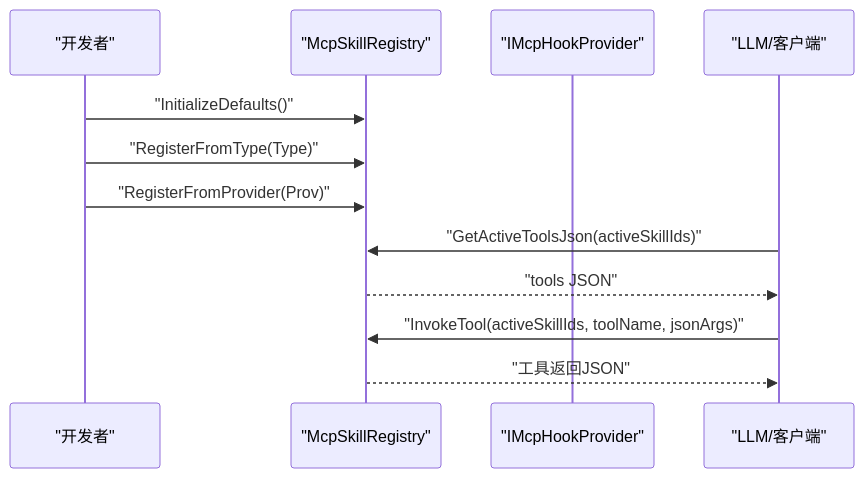
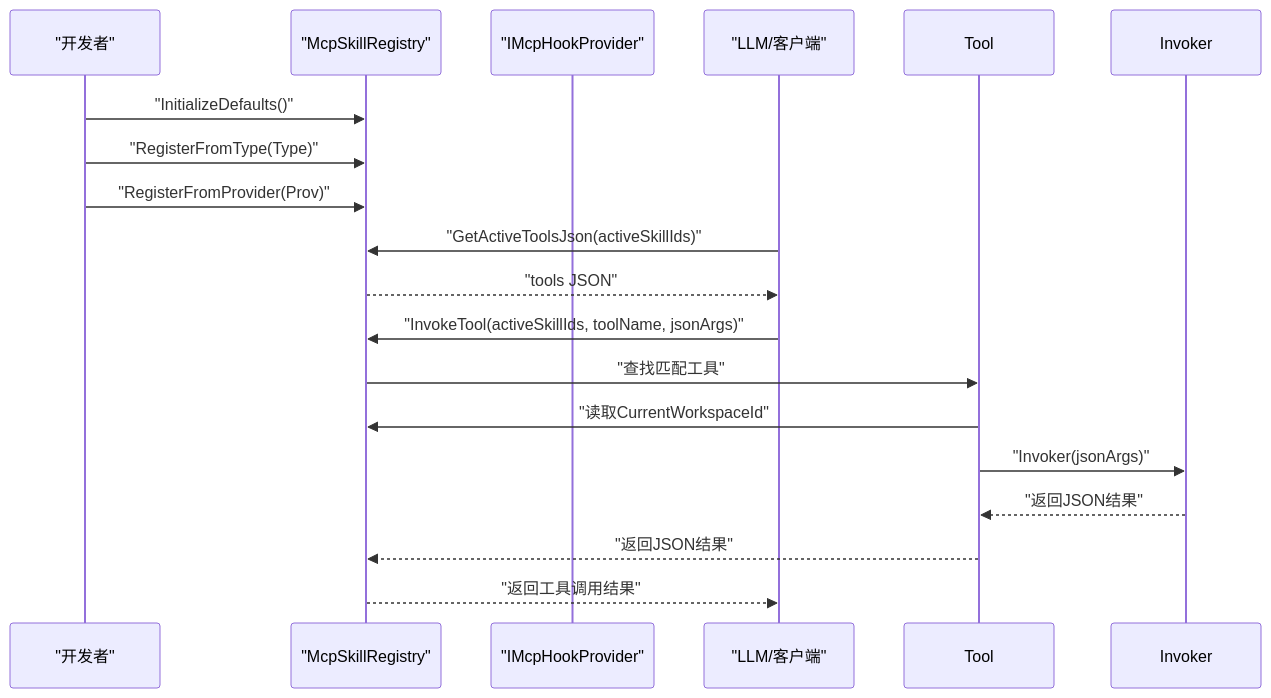
Before and after one commit to suzvka/NPCLife: the sixth of 7 diagrams in .qoder/repowiki/zh/content/基础设施实现/MCP提供者.md, drawn with Mermaid. The commit also changed other lines of this file and 25 other files, not shown here.

````diff
--- a/.qoder/repowiki/zh/content/基础设施实现/MCP提供者.md
+++ b/.qoder/repowiki/zh/content/基础设施实现/MCP提供者.md
@@ -297,14 +328,19 @@
 ```mermaid
 sequenceDiagram
 participant Dev as "开发者"
 participant Reg as "McpSkillRegistry"
 participant Prov as "IMcpHookProvider"
 participant LLM as "LLM/客户端"
 Dev->>Reg : "InitializeDefaults()"
 Dev->>Reg : "RegisterFromType(Type)"
 Dev->>Reg : "RegisterFromProvider(Prov)"
 LLM->>Reg : "GetActiveToolsJson(activeSkillIds)"
 Reg-->>LLM : "tools JSON"
 LLM->>Reg : "InvokeTool(activeSkillIds, toolName, jsonArgs)"
-Reg-->>LLM : "工具返回JSON"
+Reg->>Tool : "查找匹配工具"
+Tool->>Reg : "读取CurrentWorkspaceId"
+Tool->>Invoker : "Invoker(jsonArgs)"
+Invoker-->>Tool : "返回JSON结果"
+Tool-->>Reg : "返回JSON结果"
+Reg-->>LLM : "返回工具调用结果"
 ```
````
